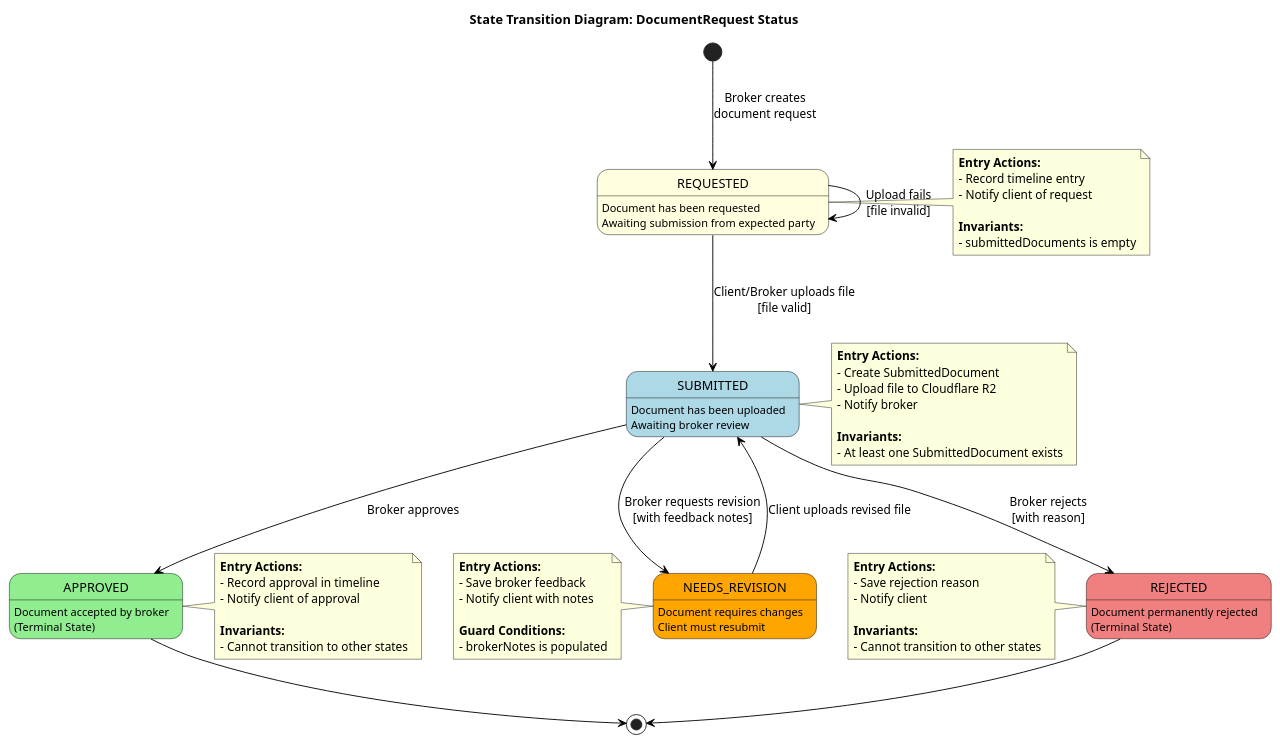
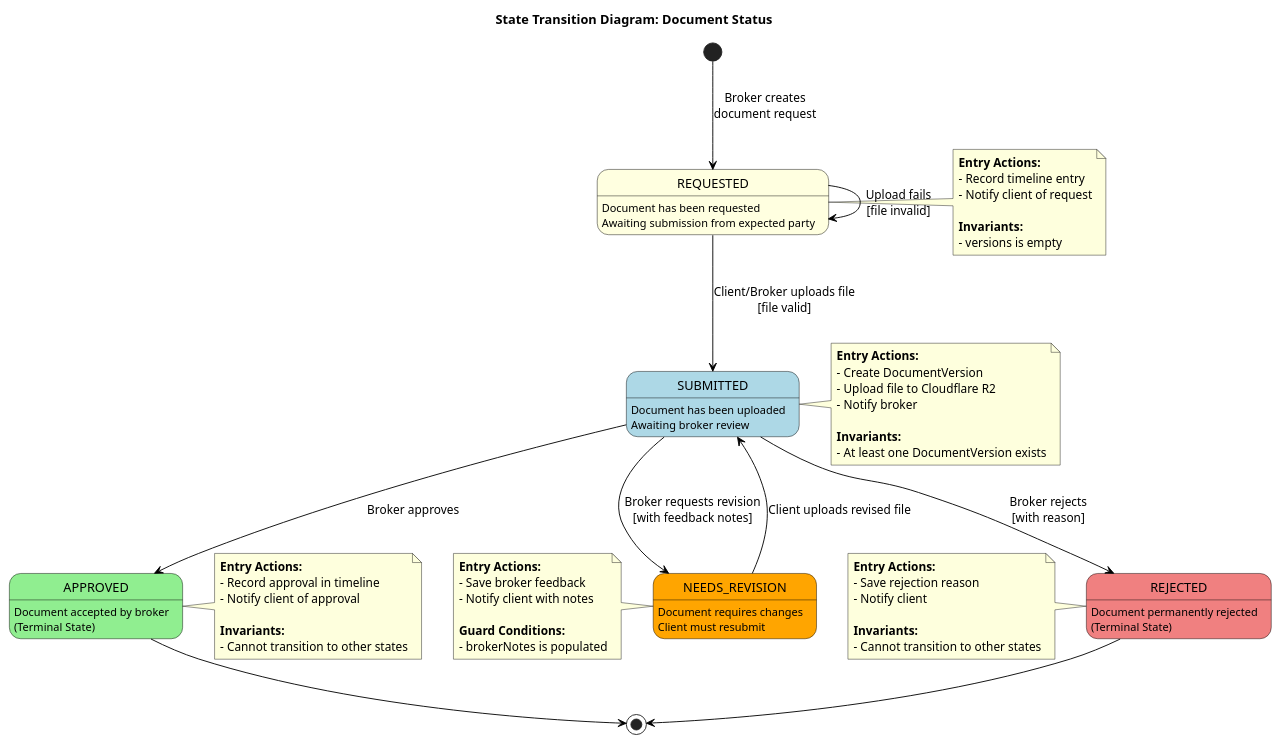
Before and after one commit to CourtierPro/CourtierPro: the diagram in docs/PersonalUseCase/Shawn/ManageTransactionDocuments/Artifacts/StateTransitionDiagram.puml, drawn with PlantUML. The commit also changed 21 other files, not shown here.

First line of the commit message:
Updated diagrams

```diff
--- a/docs/PersonalUseCase/Shawn/ManageTransactionDocuments/Artifacts/StateTransitionDiagram.puml
+++ b/docs/PersonalUseCase/Shawn/ManageTransactionDocuments/Artifacts/StateTransitionDiagram.puml
@@ -1,99 +1,99 @@
 @startuml StateTransitionDiagram
 skinparam state {
   BackgroundColor White
   BorderColor Black
   ArrowColor Black
 }
 
-title State Transition Diagram: DocumentRequest Status
+title State Transition Diagram: Document Status
 
 [*] --> REQUESTED : Broker creates\ndocument request
 
 state REQUESTED #LightYellow {
   REQUESTED : Document has been requested
   REQUESTED : Awaiting submission from expected party
 }
 
 state SUBMITTED #LightBlue {
   SUBMITTED : Document has been uploaded
   SUBMITTED : Awaiting broker review
 }
 
 state APPROVED #LightGreen {
   APPROVED : Document accepted by broker
   APPROVED : (Terminal State)
 }
 
 state NEEDS_REVISION #Orange {
   NEEDS_REVISION : Document requires changes
   NEEDS_REVISION : Client must resubmit
 }
 
 state REJECTED #LightCoral {
   REJECTED : Document permanently rejected
   REJECTED : (Terminal State)
 }
 
 ' Transitions from REQUESTED
 REQUESTED --> SUBMITTED : Client/Broker uploads file\n[file valid]
 REQUESTED --> REQUESTED : Upload fails\n[file invalid]
 
 ' Transitions from SUBMITTED
 SUBMITTED --> APPROVED : Broker approves
 SUBMITTED --> NEEDS_REVISION : Broker requests revision\n[with feedback notes]
 SUBMITTED --> REJECTED : Broker rejects\n[with reason]
 
 ' Transitions from NEEDS_REVISION
 NEEDS_REVISION --> SUBMITTED : Client uploads revised file
 
 ' Terminal states
 APPROVED --> [*]
 REJECTED --> [*]
 
 note right of REQUESTED
   **Entry Actions:**
   - Record timeline entry
   - Notify client of request
   
   **Invariants:**
-  - submittedDocuments is empty
+  - versions is empty
 end note
 
 note right of SUBMITTED
   **Entry Actions:**
-  - Create SubmittedDocument
+  - Create DocumentVersion
   - Upload file to Cloudflare R2
   - Notify broker
   
   **Invariants:**
-  - At least one SubmittedDocument exists
+  - At least one DocumentVersion exists
 end note
 
 note right of APPROVED
   **Entry Actions:**
   - Record approval in timeline
   - Notify client of approval
   
   **Invariants:**
   - Cannot transition to other states
 end note
 
 note left of NEEDS_REVISION
   **Entry Actions:**
   - Save broker feedback
   - Notify client with notes
   
   **Guard Conditions:**
   - brokerNotes is populated
 end note
 
 note left of REJECTED
   **Entry Actions:**
   - Save rejection reason
   - Notify client
   
   **Invariants:**
   - Cannot transition to other states
 end note
 
 @enduml
```
